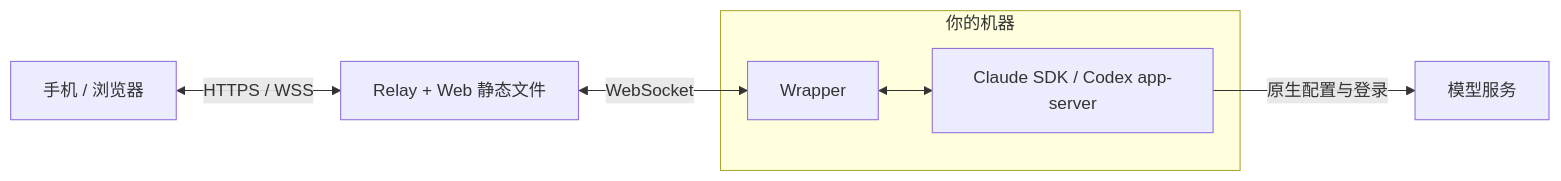
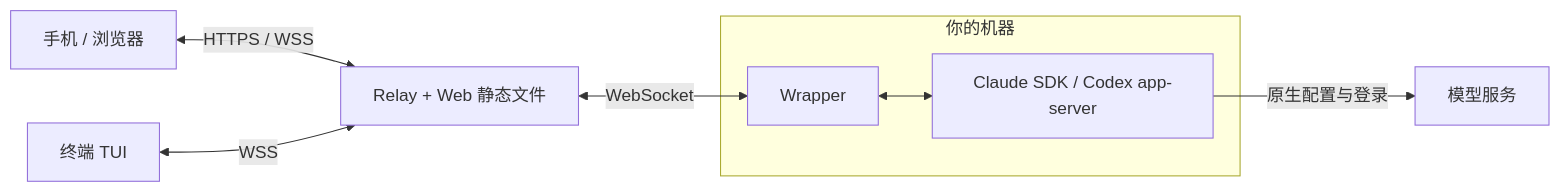
The diagram in README.md (muggle-stack/cc-remote), drawn with Mermaid before and after one commit. The commit also changed other lines of this file and 37 other files, not shown here.

````diff
--- a/README.md
+++ b/README.md
@@ -127,9 +131,10 @@
 ```mermaid
 flowchart LR
   browser["手机 / 浏览器"] <-->|HTTPS / WSS| relay["Relay + Web 静态文件"]
+  terminal["终端 TUI"] <-->|WSS| relay
   subgraph device["你的机器"]
     wrapper["Wrapper"] <--> engine["Claude SDK / Codex app-server"]
   end
   relay <-->|WebSocket| wrapper
   engine -->|原生配置与登录| model["模型服务"]
 ```
````
